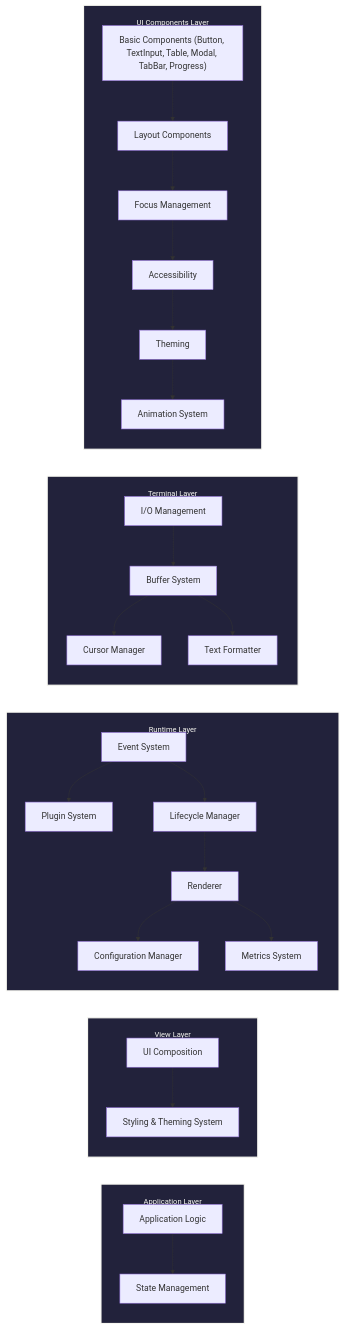
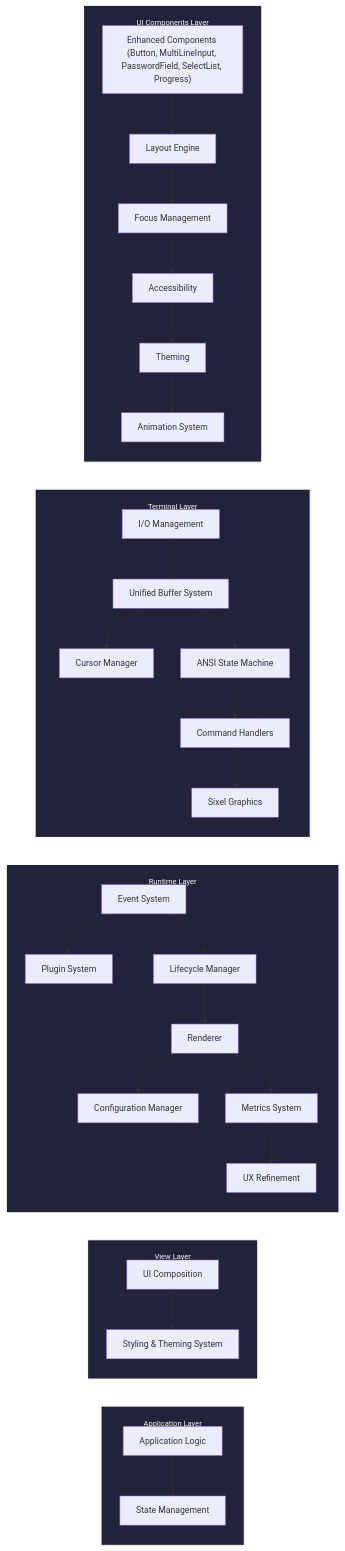
One commit to Hydepwns/raxol changed the second of 9 diagrams in docs/ARCHITECTURE.md. Above: the diagram before and after it, drawn with Mermaid. The commit also changed other lines of this file and 2 other files, not shown here.

First line of the commit message:
docs: update documentation for recent system enhancements

````diff
--- a/docs/ARCHITECTURE.md
+++ b/docs/ARCHITECTURE.md
@@ -38,60 +38,66 @@
 ```mermaid
 graph LR
     subgraph App["Application Layer"]
         direction TB
         Logic[Application Logic]
         State[State Management]
         Logic --> State
     end
 
     subgraph View["View Layer"]
         direction TB
         UIComp[UI Composition]
         Style[Styling & Theming System]
         UIComp --> Style
     end
 
     subgraph Runtime["Runtime Layer"]
         direction TB
         Events[Event System]
         Render[Renderer]
         Plugins[Plugin System]
         Lifecycle[Lifecycle Manager]
         Config[Configuration Manager]
         Metrics[Metrics System]
+        UX[UX Refinement]
         Events --> Plugins
         Events --> Lifecycle
         Lifecycle --> Render
         Render --> Config
         Render --> Metrics
+        Metrics --> UX
     end
 
     subgraph Terminal["Terminal Layer"]
         direction TB
         IO[I/O Management]
-        Buffer[Buffer System]
+        Buffer[Unified Buffer System]
         Cursor[Cursor Manager]
-        Formatter[Text Formatter]
+        ANSI[ANSI State Machine]
+        Commands[Command Handlers]
+        Graphics[Sixel Graphics]
         IO --> Buffer
         Buffer --> Cursor
-        Buffer --> Formatter
+        Buffer --> ANSI
+        ANSI --> Commands
+        Commands --> Graphics
     end
 
     subgraph UI["UI Components Layer"]
         direction TB
-        Basic["Basic Components (Button, TextInput, Table, Modal, TabBar, Progress)"]
-        Layout[Layout Components]
+        Basic["Enhanced Components (Button, MultiLineInput, PasswordField, SelectList, Progress)"]
+        Layout[Layout Engine]
         Focus[Focus Management]
         Accessibility[Accessibility]
         Theming[Theming]
         Animation[Animation System]
         Basic --> Layout
         Layout --> Focus
         Focus --> Accessibility
         Accessibility --> Theming
         Theming --> Animation
     end
 
     classDef layer fill:#22223b,stroke:#f8f8f2,stroke-width:2px,color:#f8f8f2,font-size:14px,padding:6px;
     class App,View,Runtime,Terminal,UI layer;
 ```
````
